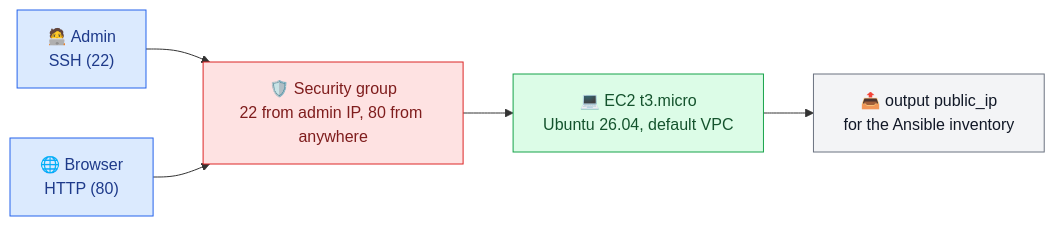
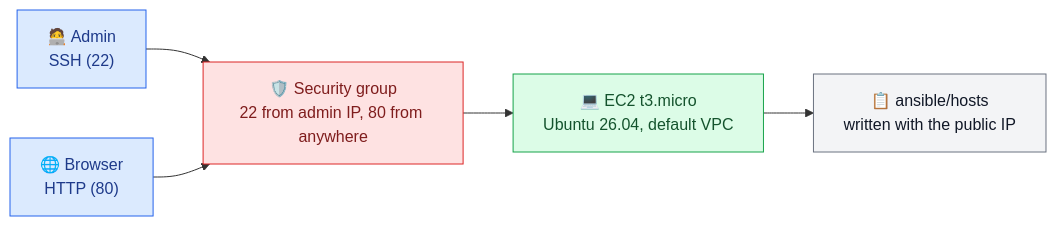
The diagram in 01-provision-configure/terraform/README.md (younesyousfipro/devops-iac-aws-lab), drawn with Mermaid before and after one commit. The commit also changed other lines of this file and 2 other files, not shown here.

Commit message:
docs: document generated ansible inventory

````diff
--- a/01-provision-configure/terraform/README.md
+++ b/01-provision-configure/terraform/README.md
@@ -5,12 +5,12 @@
 ```mermaid
 flowchart LR
     ADMIN["🧑‍💻 Admin<br/>SSH (22)"]:::dev --> SG["🛡️ Security group<br/>22 from admin IP, 80 from anywhere"]:::sec
     USER["🌐 Browser<br/>HTTP (80)"]:::dev --> SG
     SG --> VM["💻 EC2 t3.micro<br/>Ubuntu 26.04, default VPC"]:::run
-    VM --> OUT["📤 output public_ip<br/>for the Ansible inventory"]:::out
+    VM --> OUT["📋 ansible/hosts<br/>written with the public IP"]:::out
 
     classDef dev fill:#dbeafe,stroke:#2563eb,color:#1e3a8a
     classDef sec fill:#fee2e2,stroke:#dc2626,color:#7f1d1d
     classDef run fill:#dcfce7,stroke:#16a34a,color:#14532d
     classDef out fill:#f3f4f6,stroke:#6b7280,color:#111827
 ```
````
